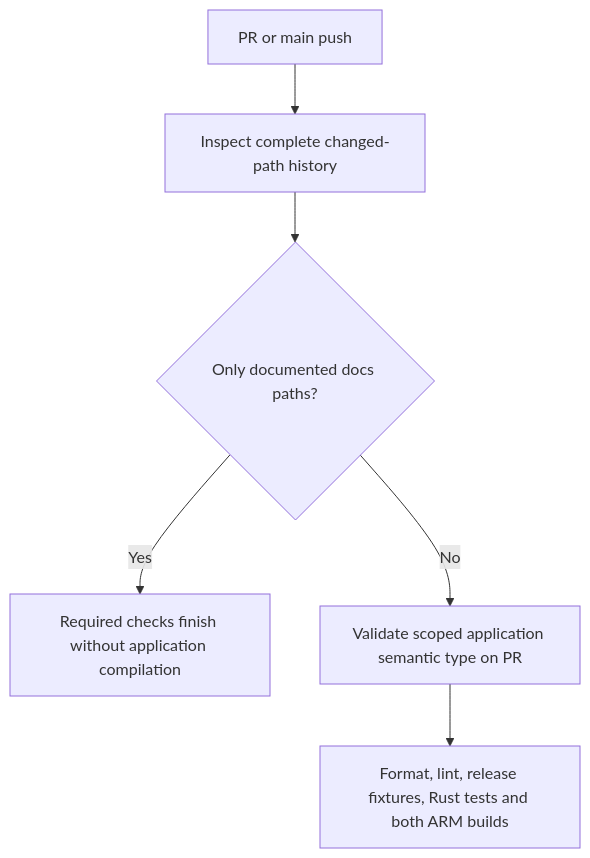
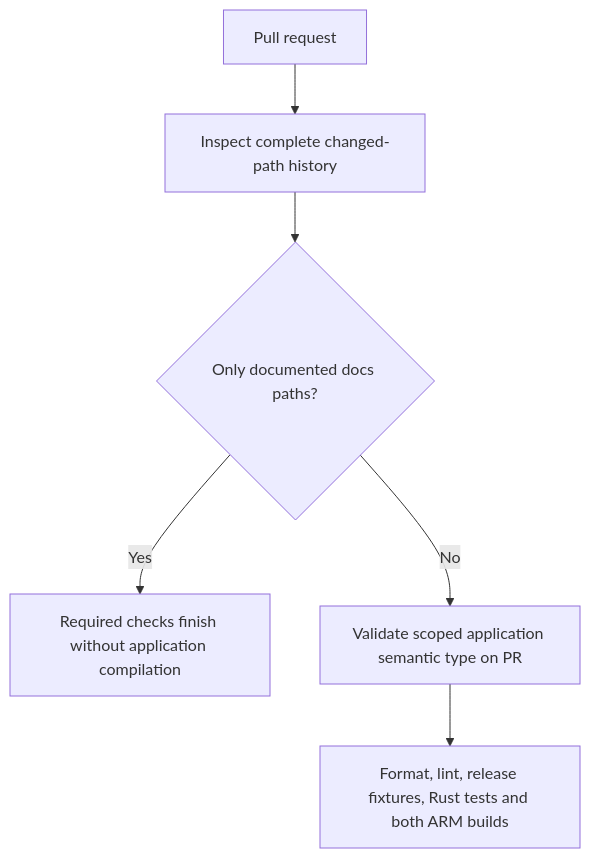
The first of 2 diagrams in docs/WORKFLOW_DIAGRAM.md (s116821/ReMarkableBuddies), drawn with Mermaid before and after one commit. The commit also changed other lines of this file and 17 other files, not shown here.

````diff
--- a/docs/WORKFLOW_DIAGRAM.md
+++ b/docs/WORKFLOW_DIAGRAM.md
@@ -8,8 +8,8 @@
 ```mermaid
 flowchart TD
-  Event[PR or main push] --> Policy[Inspect complete changed-path history]
+  Event[Pull request] --> Policy[Inspect complete changed-path history]
   Policy --> Docs{Only documented docs paths?}
   Docs -->|Yes| Success[Required checks finish without application compilation]
   Docs -->|No| Title[Validate scoped application semantic type on PR]
   Title --> Checks[Format, lint, release fixtures, Rust tests and both ARM builds]
 ```
````
